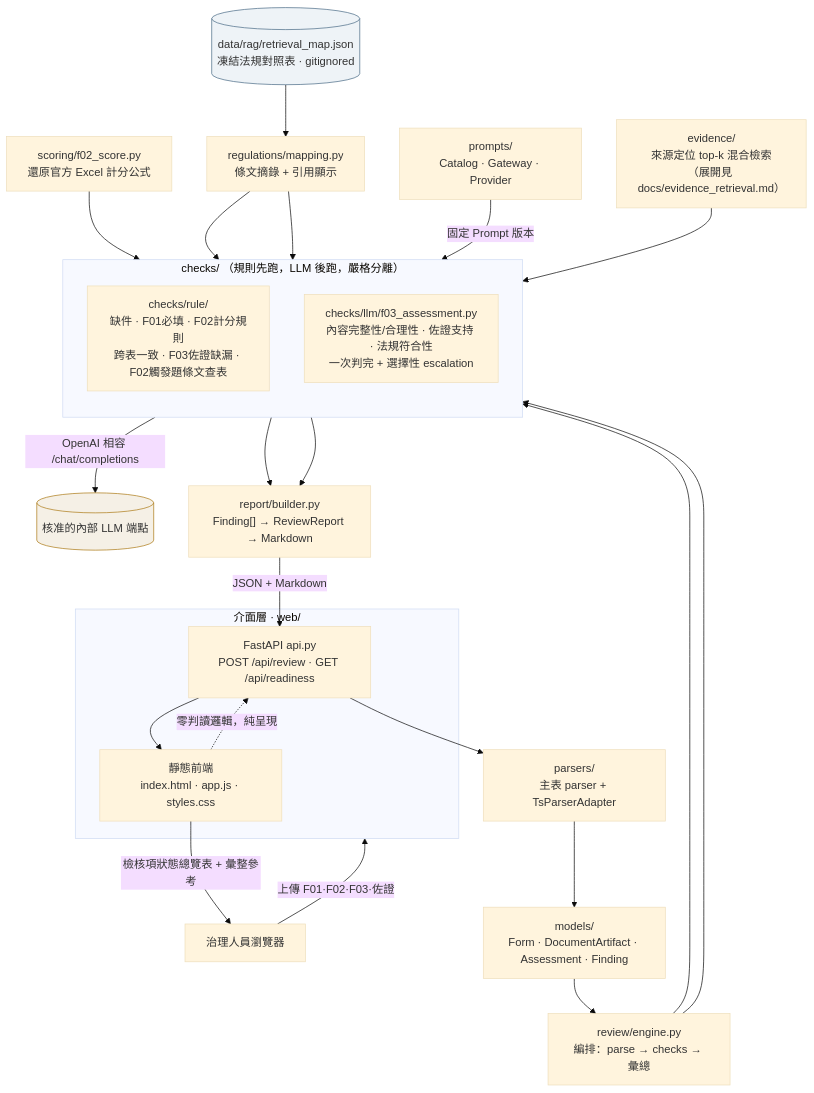
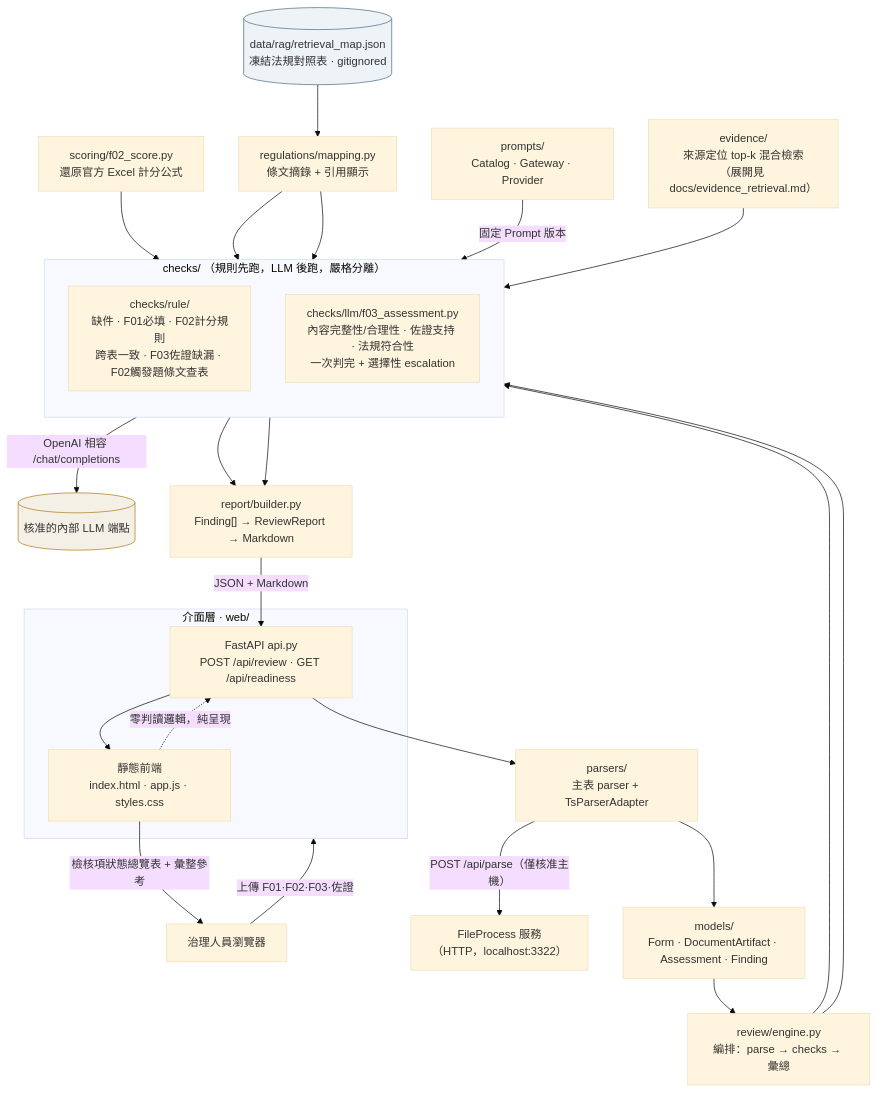
Before and after one commit to xian-ai-1057/AI_gov: the first of 4 diagrams in docs/architecture.md, drawn with Mermaid (base theme). The commit also changed other lines of this file and 21 other files, not shown here.

First line of the commit message:
refactor(parsers)!: 佐證解析改走 FileProcess 服務，移除內嵌 ts_parser

````diff
--- a/docs/architecture.md
+++ b/docs/architecture.md
@@ -14,41 +14,42 @@
 ```mermaid
 flowchart TB
     U["治理人員瀏覽器"] -->|"上傳 F01·F02·F03·佐證"| WEB
 
     subgraph WEB["介面層 · web/"]
         API["FastAPI api.py<br/>POST /api/review · GET /api/readiness"]
         FE["靜態前端<br/>index.html · app.js · styles.css"]
     end
     FE -.->|"零判讀邏輯，純呈現"| API
 
     API --> PARSERS["parsers/<br/>主表 parser + TsParserAdapter"]
+    PARSERS -->|"POST /api/parse（僅核准主機）"| FP["FileProcess 服務<br/>（HTTP，localhost:3322）"]
     PARSERS --> MODELS["models/<br/>Form · DocumentArtifact · Assessment · Finding"]
 
     MODELS --> ENGINE["review/engine.py<br/>編排：parse → checks → 彙總"]
 
     subgraph CHECKS["checks/ （規則先跑，LLM 後跑，嚴格分離）"]
         direction TB
         RULE["checks/rule/<br/>缺件 · F01必填 · F02計分規則<br/>跨表一致 · F03佐證缺漏 · F02觸發題條文查表"]
         LLM["checks/llm/f03_assessment.py<br/>內容完整性/合理性 · 佐證支持 · 法規符合性<br/>一次判完 + 選擇性 escalation"]
     end
     ENGINE --> RULE
     ENGINE --> LLM
 
     SCORING["scoring/f02_score.py<br/>還原官方 Excel 計分公式"] --> RULE
     MAPFILE[("data/rag/retrieval_map.json<br/>凍結法規對照表 · gitignored")] --> REG["regulations/mapping.py<br/>條文摘錄 + 引用顯示"]
     REG --> RULE
     REG --> LLM
 
     LLM -->|"OpenAI 相容 /chat/completions"| LLMEP[("核准的內部 LLM 端點")]
     PROMPT["prompts/<br/>Catalog · Gateway · Provider"] -->|"固定 Prompt 版本"| LLM
     EVIDENCE["evidence/<br/>來源定位 top-k 混合檢索<br/>（展開見 docs/evidence_retrieval.md）"] --> LLM
 
     RULE --> REPORT["report/builder.py<br/>Finding[] → ReviewReport → Markdown"]
     LLM --> REPORT
     REPORT -->|"JSON + Markdown"| API
     API --> FE
     FE -->|"檢核項狀態總覽表 + 彙整參考"| U
 
     style LLMEP fill:#f5f0e6,stroke:#ad7a16
     style MAPFILE fill:#eef3f7,stroke:#4a6b86
 ```
````
